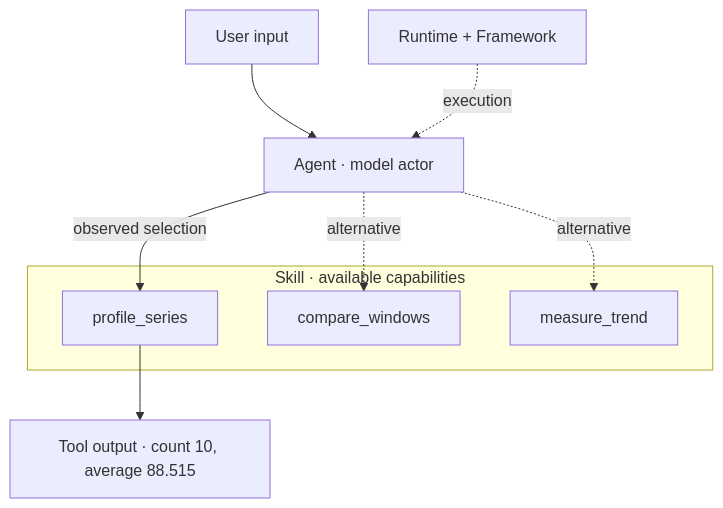
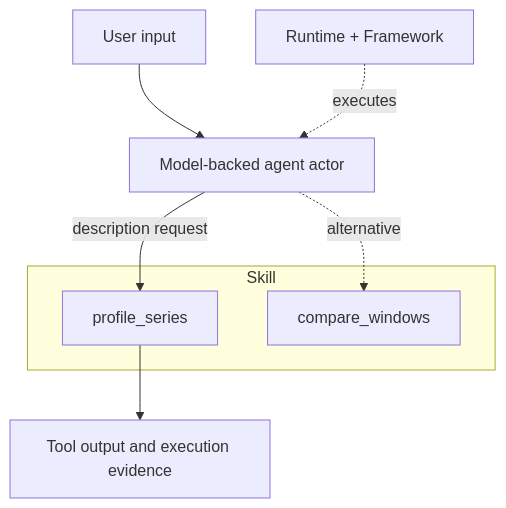
The second of 5 diagrams in README.md (JacoboGGLeon/agentic_systems), drawn with Mermaid before and after one commit. The commit also changed other lines of this file, not shown here.

````diff
--- a/README.md
+++ b/README.md
@@ -171,14 +126,12 @@
 ```mermaid
 flowchart TD
-    Q["User input"] --> A["Agent · model actor"]
-    R["Runtime + Framework"] -. execution .-> A
-    subgraph S["Skill · available capabilities"]
+    Q["User input"] --> A["Model-backed agent actor"]
+    R["Runtime + Framework"] -. executes .-> A
+    subgraph S["Skill"]
         P["profile_series"]
         C["compare_windows"]
-        T["measure_trend"]
     end
-    A -->|"observed selection"| P
+    A -->|"description request"| P
     A -. alternative .-> C
-    A -. alternative .-> T
-    P --> O["Tool output · count 10, average 88.515"]
+    P --> O["Tool output and execution evidence"]
 ```
````
